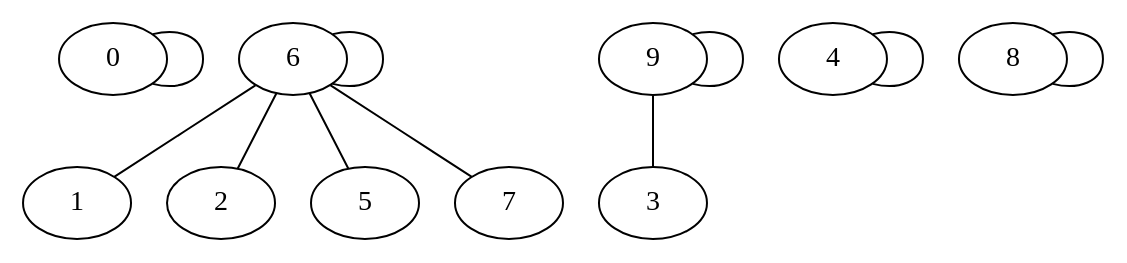
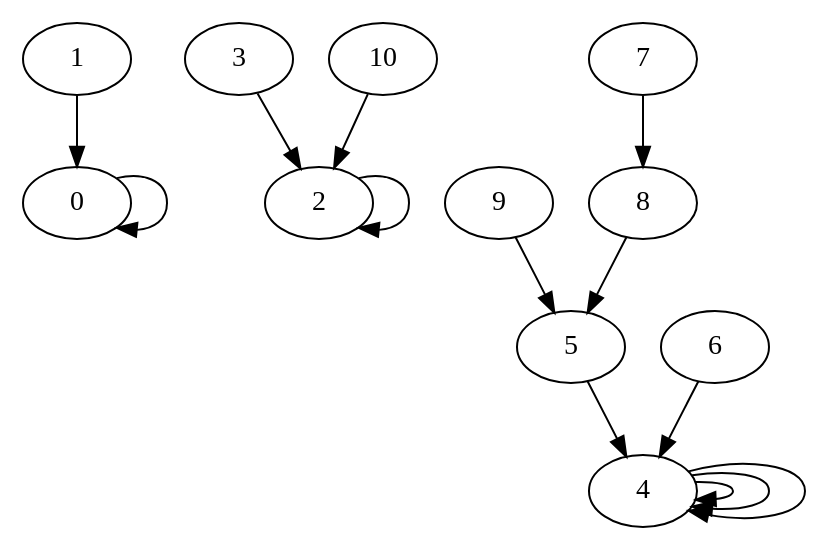
One commit to evlrs/Labyrinthe changed the diagram in partition/graph_partition_nico.dot. Above: the diagram before and after it, drawn with Graphviz. The commit also changed 9 other files, not shown here.

```diff
--- a/partition/graph_partition_nico.dot
+++ b/partition/graph_partition_nico.dot
@@ -1,12 +1,15 @@
-graph {
-    0--0;
-    6--1;
-    6--2;
-    9--3;
-    4--4;
-    6--5;
-    6--6;
-    6--7;
-    8--8;
-    9--9;
+digraph {
+    1 -> 0;
+    3 -> 2;
+    10 -> 2;
+    9 -> 5;
+    6 -> 4;
+    7 -> 8;
+    8 -> 5;
+    5 -> 4;
+    4 -> 4;
+    4 -> 4;
+    0 -> 0;
+    2 -> 2;
+    4 -> 4;
 }
```
